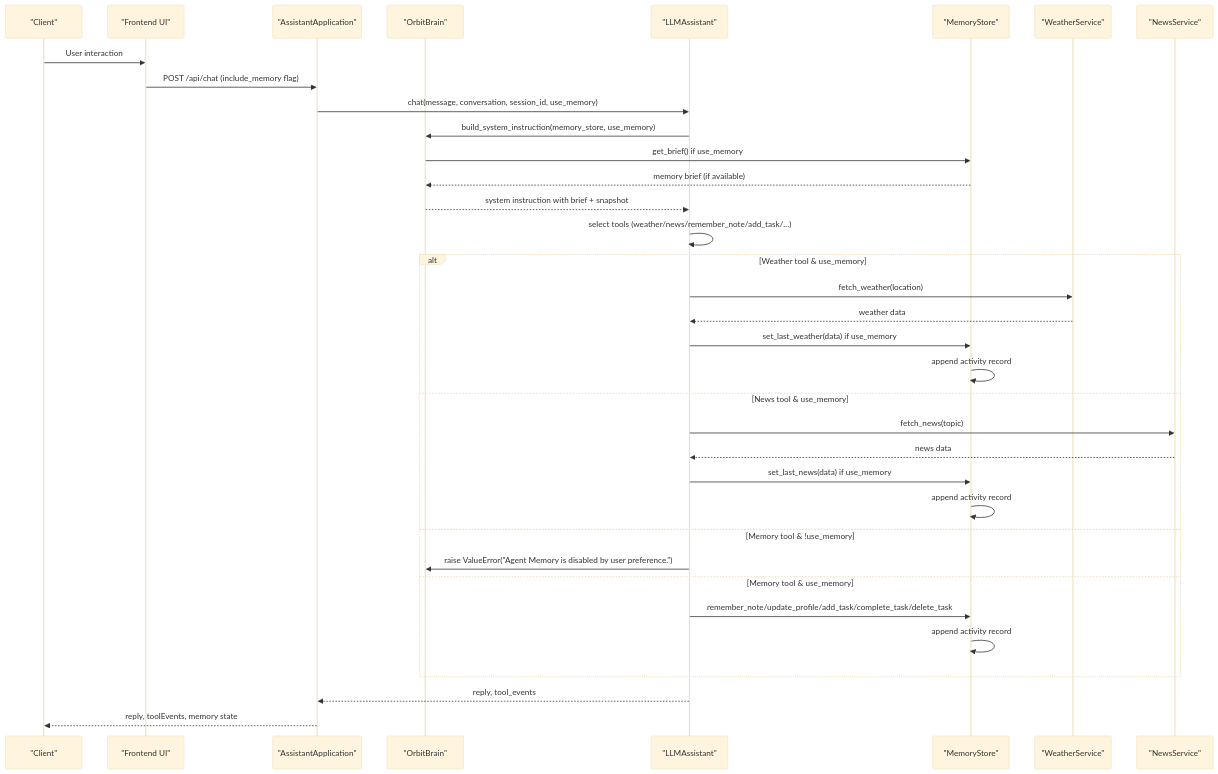
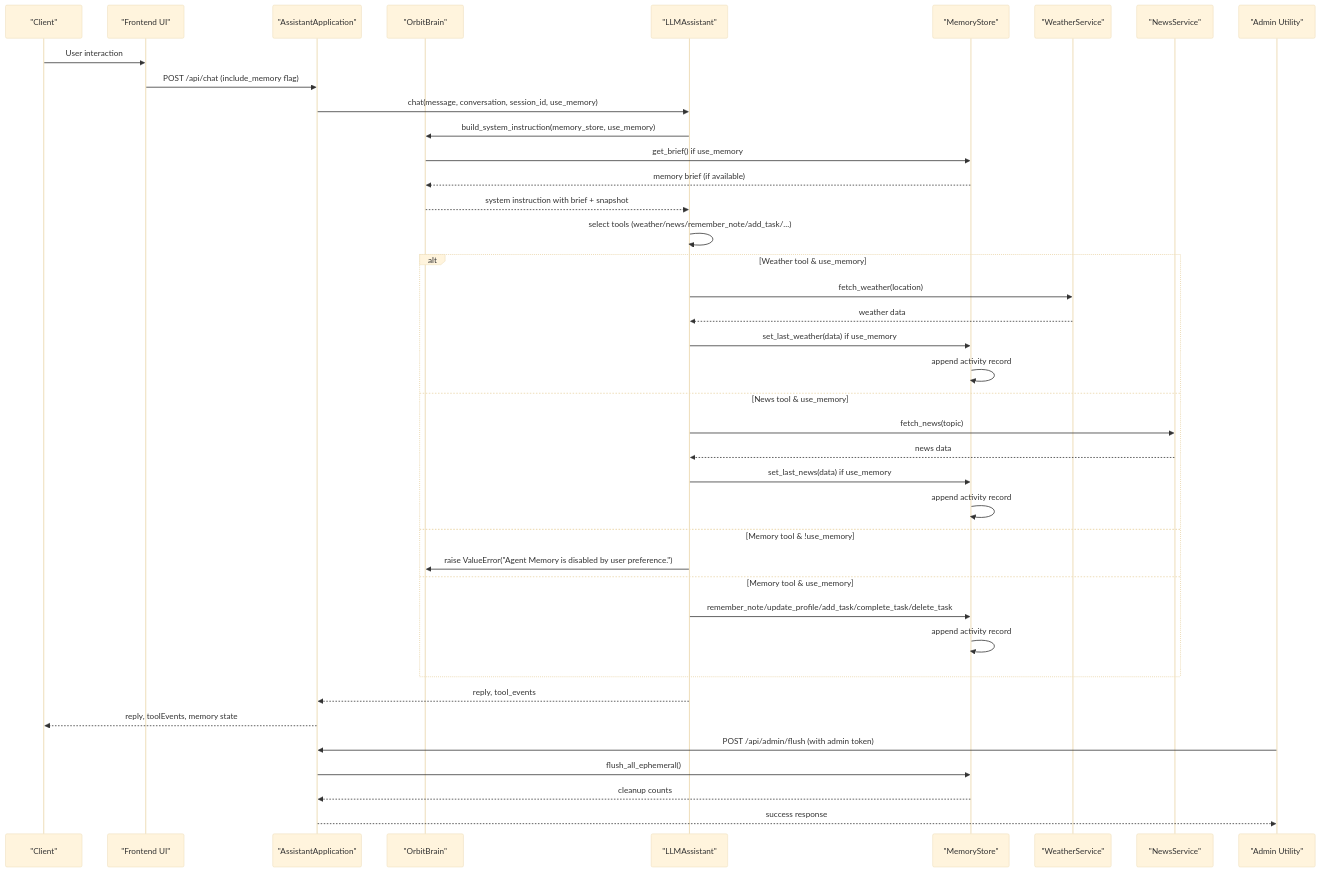
Before and after one commit to Sovetsky-Soyuz/AI-Assistant: the second of 11 diagrams in .qoder/repowiki/en/content/Backend Components/AI Assistant Engine/Memory Integration and Data Persistence.md, drawn with Mermaid (base theme). The commit also changed other lines of this file and 15 other files, not shown here.

````diff
--- a/.qoder/repowiki/en/content/Backend Components/AI Assistant Engine/Memory Integration and Data Persistence.md
+++ b/.qoder/repowiki/en/content/Backend Components/AI Assistant Engine/Memory Integration and Data Persistence.md
@@ -107,37 +117,42 @@
 ```mermaid
 sequenceDiagram
 participant Client as "Client"
 participant Frontend as "Frontend UI"
 participant Server as "AssistantApplication"
 participant Brain as "OrbitBrain"
 participant LLM as "LLMAssistant"
 participant Store as "MemoryStore"
 participant ExtW as "WeatherService"
 participant ExtN as "NewsService"
+participant Admin as "Admin Utility"
 Client->>Frontend : User interaction
 Frontend->>Server : POST /api/chat (include_memory flag)
 Server->>LLM : chat(message, conversation, session_id, use_memory)
 LLM->>Brain : build_system_instruction(memory_store, use_memory)
 Brain->>Store : get_brief() if use_memory
 Store-->>Brain : memory brief (if available)
 Brain-->>LLM : system instruction with brief + snapshot
 LLM->>LLM : select tools (weather/news/remember_note/add_task/...)
 alt Weather tool & use_memory
 LLM->>ExtW : fetch_weather(location)
 ExtW-->>LLM : weather data
 LLM->>Store : set_last_weather(data) if use_memory
 Store->>Store : append activity record
 else News tool & use_memory
 LLM->>ExtN : fetch_news(topic)
 ExtN-->>LLM : news data
 LLM->>Store : set_last_news(data) if use_memory
 Store->>Store : append activity record
 else Memory tool & !use_memory
 LLM->>Brain : raise ValueError("Agent Memory is disabled by user preference.")
 else Memory tool & use_memory
 LLM->>Store : remember_note/update_profile/add_task/complete_task/delete_task
 Store->>Store : append activity record
 end
 LLM-->>Server : reply, tool_events
 Server-->>Client : reply, toolEvents, memory state
+Admin->>Server : POST /api/admin/flush (with admin token)
+Server->>Store : flush_all_ephemeral()
+Store-->>Server : cleanup counts
+Server-->>Admin : success response
 ```
````
